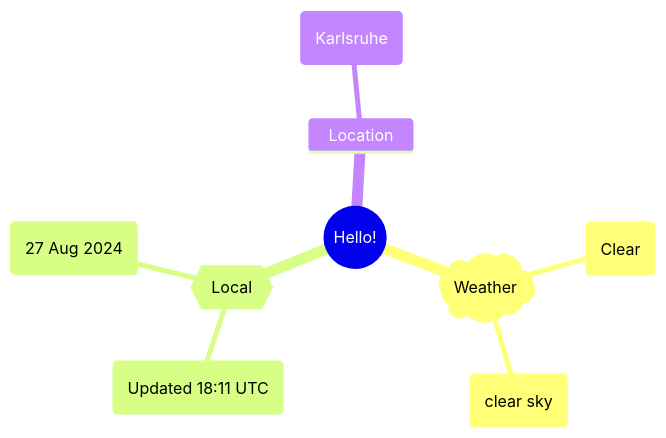
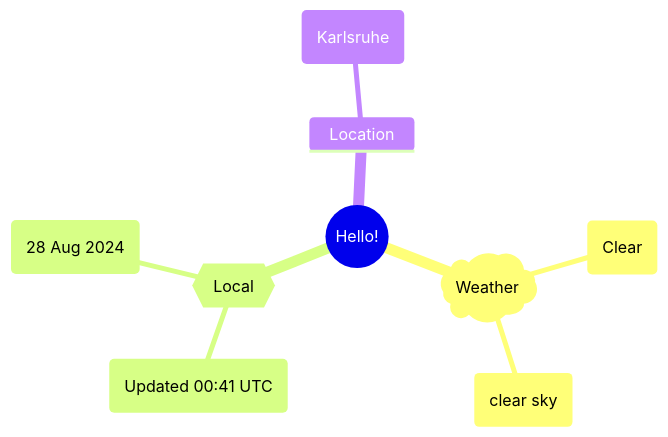
One commit to Xosrov/Xosrov changed the first of 2 diagrams in README.md. Above: the diagram before and after it, drawn with Mermaid.

Commit message:
[bot] updated images

````diff
--- a/README.md
+++ b/README.md
@@ -3,12 +3,12 @@
 ```mermaid
 mindmap
   root((Hello!))
     )Weather(
         (Clear)
         (clear sky)
     {{Local}}
-        (Updated 18:11 UTC)
-        (27 Aug 2024)
+        (Updated 00:41 UTC)
+        (28 Aug 2024)
     Location
         (Karlsruhe)
 ```
````
